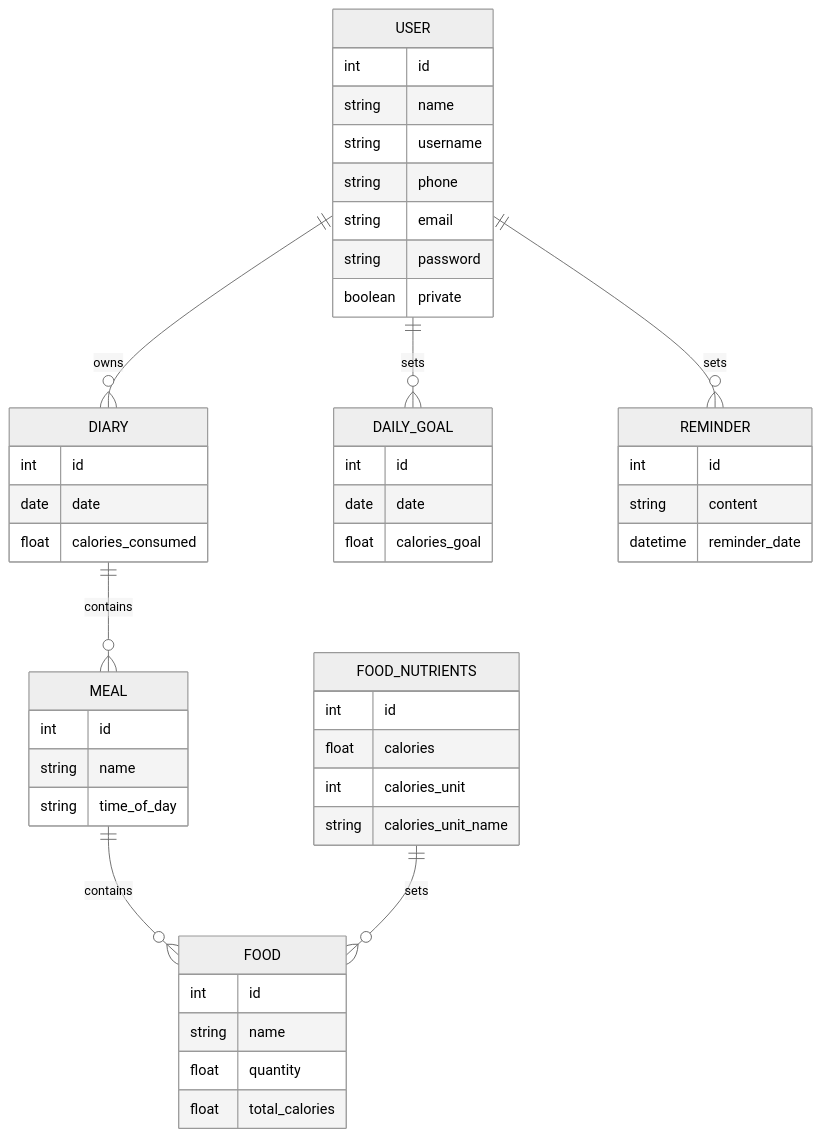
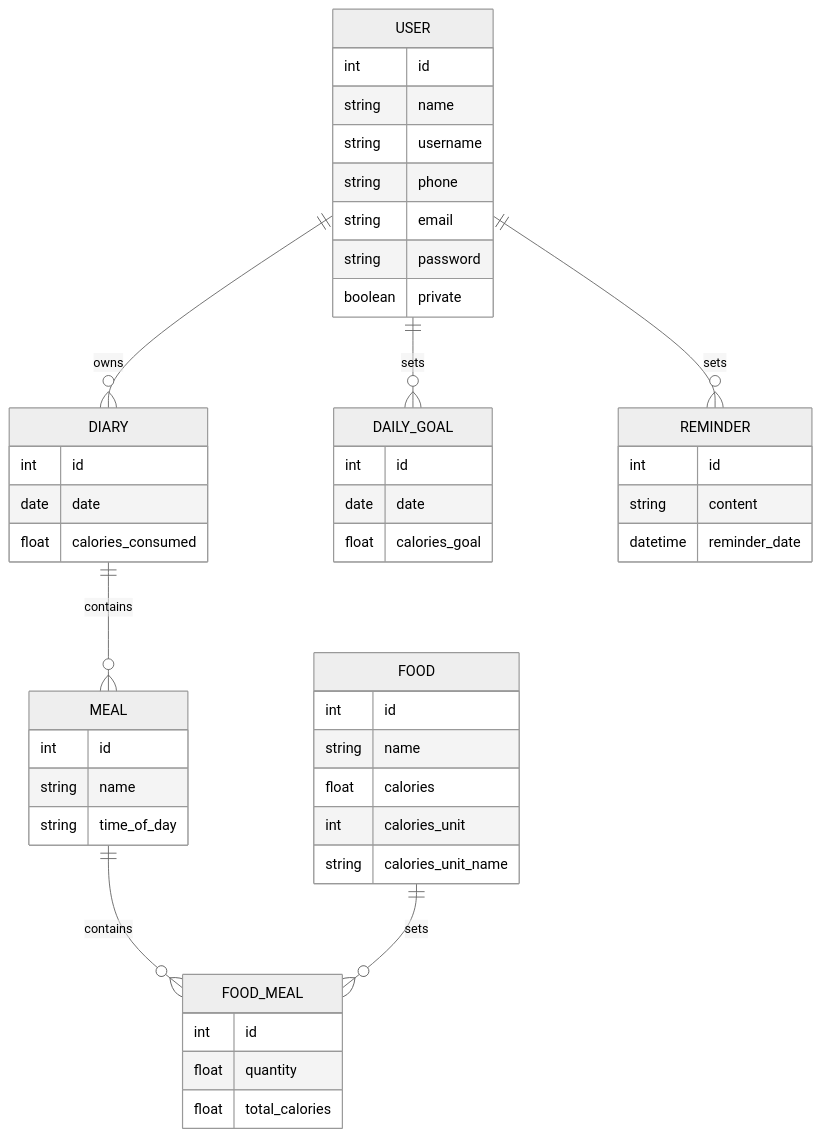
The second of 3 diagrams in docs/05-Arquitetura da Solução.md (ICEI-PUC-Minas-PMV-ADS/pmv-ads-2023-2-e3-proj-mov-t3-time4-fit), drawn with Mermaid (neutral theme) before and after one commit. The commit also changed other lines of this file, not shown here.

````diff
--- a/docs/05-Arquitetura da Solução.md
+++ b/docs/05-Arquitetura da Solução.md
@@ -85,54 +85,54 @@
 ```mermaid
 
 
 erDiagram
   USER {
       int id
       string name
       string username
       string phone
       string email
       string password
       boolean private
   }
   DIARY {
       int id
       date date
       float calories_consumed
   }
   MEAL {
       int id
       string name
       string time_of_day
   }
+  FOOD_MEAL {
+      int id
+      float quantity
+      float total_calories
+  }
   FOOD {
       int id
       string name
-      float quantity
-      float total_calories
-  }
-  FOOD_NUTRIENTS {
-      int id
       float calories
       int calories_unit
       string calories_unit_name
   }
   DAILY_GOAL {
       int id
       date date
       float calories_goal
   }
   REMINDER {
       int id
       string content
       datetime reminder_date
   }
 
 USER ||--o{ DIARY : owns
 DIARY ||--o{ MEAL : contains
-MEAL ||--o{ FOOD : contains
-FOOD_NUTRIENTS ||--o{ FOOD : sets
+MEAL ||--o{ FOOD_MEAL : contains
+FOOD ||--o{ FOOD_MEAL : sets
 USER ||--o{ DAILY_GOAL : sets
 USER ||--o{ REMINDER : sets
 
 ```
````
